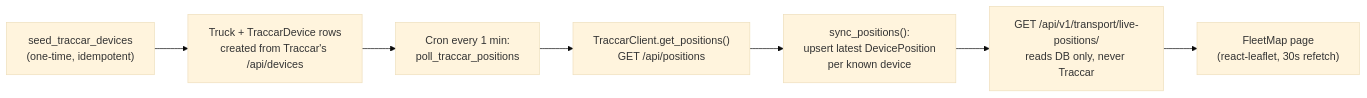
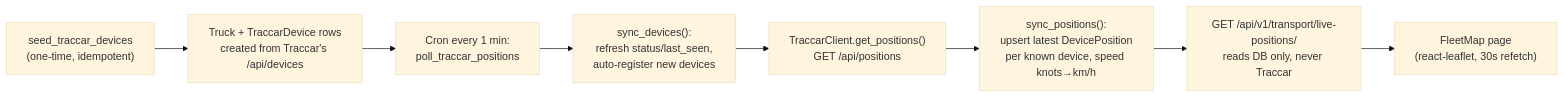
Before and after one commit to Jasurbek99/yigit_platform: the diagram in docs/obsidian/processes/fleet-map.md, drawn with Mermaid (base theme). The commit also changed other lines of this file and 5 other files, not shown here.

Commit message:
fix(transport): poll refreshes device status + auto-registers new devices; convert speed knots→km/h

````diff
--- a/docs/obsidian/processes/fleet-map.md
+++ b/docs/obsidian/processes/fleet-map.md
@@ -27,9 +27,10 @@
 ```mermaid
 flowchart LR
     A["seed_traccar_devices<br/>(one-time, idempotent)"] --> B["Truck + TraccarDevice rows<br/>created from Traccar's /api/devices"]
     B --> C["Cron every 1 min:<br/>poll_traccar_positions"]
-    C --> D["TraccarClient.get_positions()<br/>GET /api/positions"]
-    D --> E["sync_positions():<br/>upsert latest DevicePosition<br/>per known device"]
+    C --> D1["sync_devices():<br/>refresh status/last_seen,<br/>auto-register new devices"]
+    D1 --> D["TraccarClient.get_positions()<br/>GET /api/positions"]
+    D --> E["sync_positions():<br/>upsert latest DevicePosition<br/>per known device, speed knots→km/h"]
     E --> F["GET /api/v1/transport/live-positions/<br/>reads DB only, never Traccar"]
     F --> G["FleetMap page<br/>(react-leaflet, 30s refetch)"]
 ```
````
